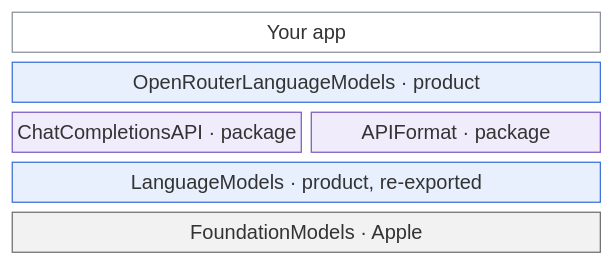
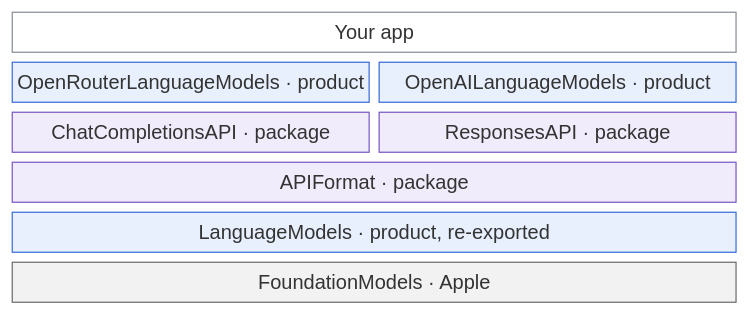
Before and after one commit to dioKaratzas/swift-language-models: the first of 6 diagrams in ARCHITECTURE.md, drawn with Mermaid (neutral theme). The commit also changed other lines of this file and 154 other files, not shown here.

````diff
--- a/ARCHITECTURE.md
+++ b/ARCHITECTURE.md
@@ -9,17 +9,20 @@
 ```mermaid
 block-beta
     columns 2
     app["Your app"]:2
-    openrouter["OpenRouterLanguageModels · product"]:2
-    chat["ChatCompletionsAPI · package"] shared["APIFormat · package"]
+    openrouter["OpenRouterLanguageModels · product"] openai["OpenAILanguageModels · product"]
+    chat["ChatCompletionsAPI · package"] responses["ResponsesAPI · package"]
+    shared["APIFormat · package"]:2
     core["LanguageModels · product, re-exported"]:2
     apple["FoundationModels · Apple"]:2
     space:2
 
     style app fill:#ffffff,stroke:#8a8f98,color:#1d1d1f
     style openrouter fill:#e8f0fe,stroke:#3b6fd8,color:#1d1d1f
+    style openai fill:#e8f0fe,stroke:#3b6fd8,color:#1d1d1f
     style core fill:#e8f0fe,stroke:#3b6fd8,color:#1d1d1f
     style chat fill:#f1ecfb,stroke:#7c5cc4,color:#1d1d1f
+    style responses fill:#f1ecfb,stroke:#7c5cc4,color:#1d1d1f
     style shared fill:#f1ecfb,stroke:#7c5cc4,color:#1d1d1f
     style apple fill:#f2f2f2,stroke:#6e6e73,color:#1d1d1f
 ```
````
